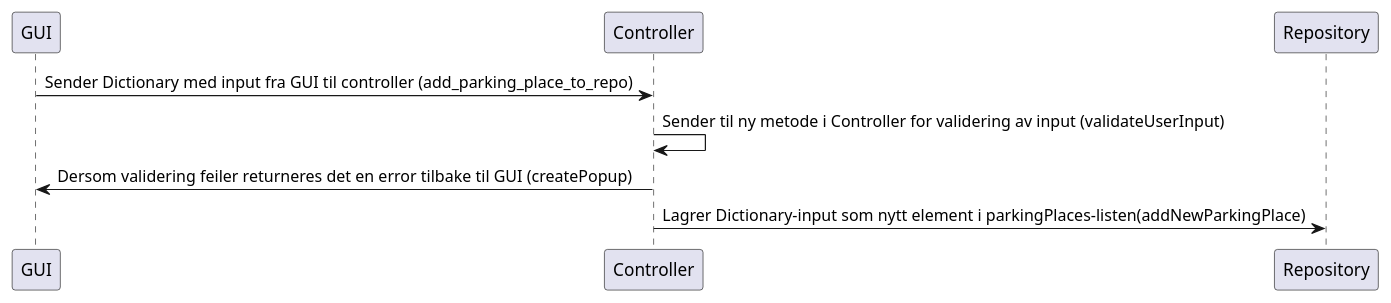
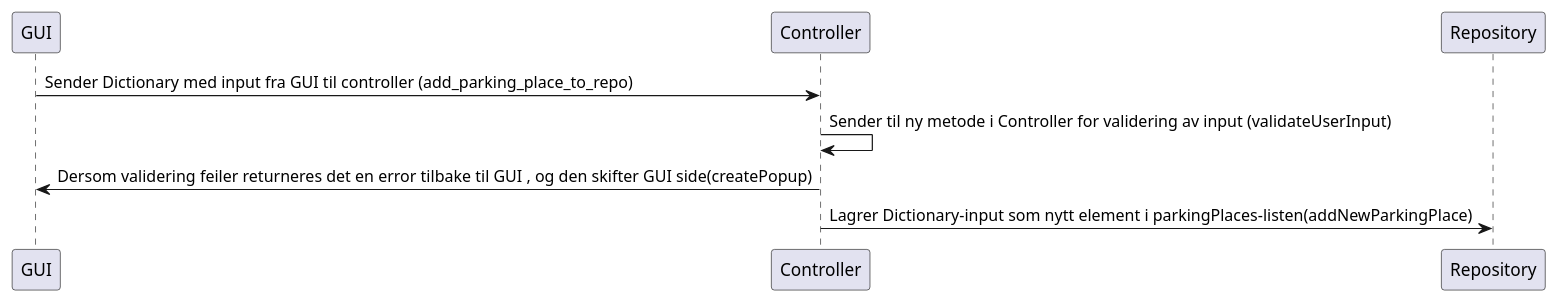
Before and after one commit to Jollokim/ParkX: the diagram in parkx_dokumentasjon/diagrammer/aktivitets diagram/innlegging_av_ny_parkeringsplass.plantuml, drawn with PlantUML.

Commit message:
laget diagrammer

```diff
--- a/parkx_dokumentasjon/diagrammer/aktivitets diagram/innlegging_av_ny_parkeringsplass.plantuml
+++ b/parkx_dokumentasjon/diagrammer/aktivitets diagram/innlegging_av_ny_parkeringsplass.plantuml
@@ -1,7 +1,7 @@
 @startuml
 GUI -> Controller: Sender Dictionary med input fra GUI til controller (add_parking_place_to_repo)
 Controller -> Controller: Sender til ny metode i Controller for validering av input (validateUserInput)
-Controller -> GUI: Dersom validering feiler returneres det en error tilbake til GUI (createPopup)
+Controller -> GUI: Dersom validering feiler returneres det en error tilbake til GUI , og den skifter GUI side(createPopup)
 Controller -> Repository: Lagrer Dictionary-input som nytt element i parkingPlaces-listen(addNewParkingPlace)
 
 @enduml
```
